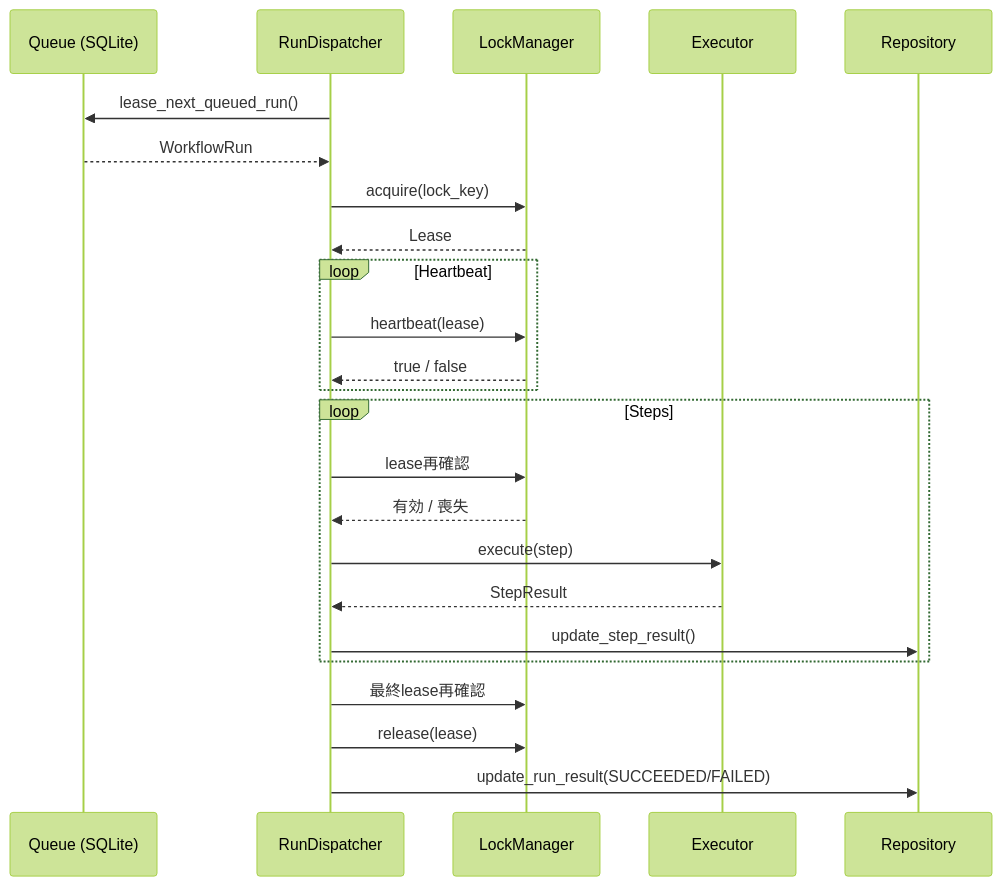
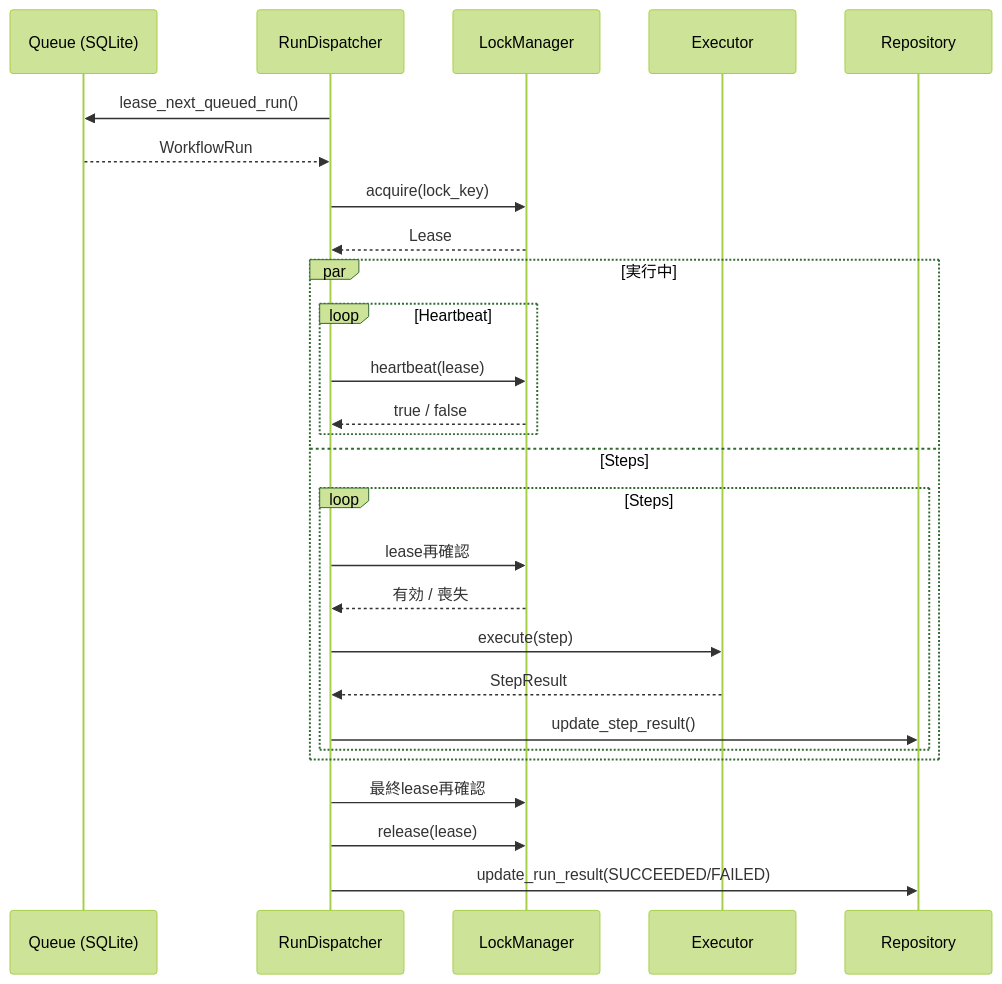
The fourth of 8 diagrams in docs/architecture/pipelines.md (endo-ly/ego-graph), drawn with Mermaid (forest theme) before and after one commit. The commit also changed other lines of this file and 4 other files, not shown here.

````diff
--- a/docs/architecture/pipelines.md
+++ b/docs/architecture/pipelines.md
@@ -151,27 +151,30 @@
 ```mermaid
 sequenceDiagram
     participant Q as Queue (SQLite)
     participant D as RunDispatcher
     participant L as LockManager
     participant X as Executor
     participant R as Repository
 
     D->>Q: lease_next_queued_run()
     Q-->>D: WorkflowRun
     D->>L: acquire(lock_key)
     L-->>D: Lease
-    loop Heartbeat
-        D->>L: heartbeat(lease)
-        L-->>D: true / false
-    end
-    loop Steps
-        D->>L: lease再確認
-        L-->>D: 有効 / 喪失
-        D->>X: execute(step)
-        X-->>D: StepResult
-        D->>R: update_step_result()
+    par 実行中
+        loop Heartbeat
+            D->>L: heartbeat(lease)
+            L-->>D: true / false
+        end
+    and Steps
+        loop Steps
+            D->>L: lease再確認
+            L-->>D: 有効 / 喪失
+            D->>X: execute(step)
+            X-->>D: StepResult
+            D->>R: update_step_result()
+        end
     end
     D->>L: 最終lease再確認
     D->>L: release(lease)
     D->>R: update_run_result(SUCCEEDED/FAILED)
 ```
````
